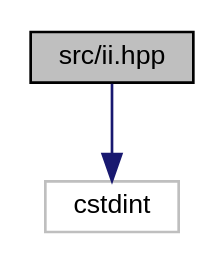
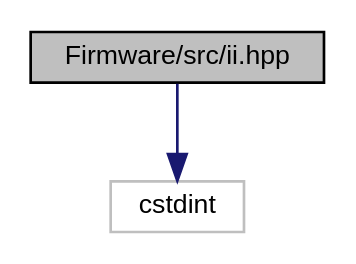
The diagram in docs/ii_8hpp__incl.dot (AkiyukiOkayasu/jade), drawn with Graphviz before and after one commit. The commit also changed 122 other files, not shown here.

```diff
--- a/docs/ii_8hpp__incl.dot
+++ b/docs/ii_8hpp__incl.dot
@@ -1,9 +1,9 @@
-digraph "src/ii.hpp"
+digraph "Firmware/src/ii.hpp"
 {
  // LATEX_PDF_SIZE
   edge [fontname="Helvetica",fontsize="10",labelfontname="Helvetica",labelfontsize="10"];
   node [fontname="Helvetica",fontsize="10",shape=record];
-  Node1 [label="src/ii.hpp",height=0.2,width=0.4,color="black", fillcolor="grey75", style="filled", fontcolor="black",tooltip="monome ii constants."];
+  Node1 [label="Firmware/src/ii.hpp",height=0.2,width=0.4,color="black", fillcolor="grey75", style="filled", fontcolor="black",tooltip="monome ii constants."];
   Node1 -> Node2 [color="midnightblue",fontsize="10",style="solid",fontname="Helvetica"];
   Node2 [label="cstdint",height=0.2,width=0.4,color="grey75", fillcolor="white", style="filled",tooltip=" "];
 }
```
